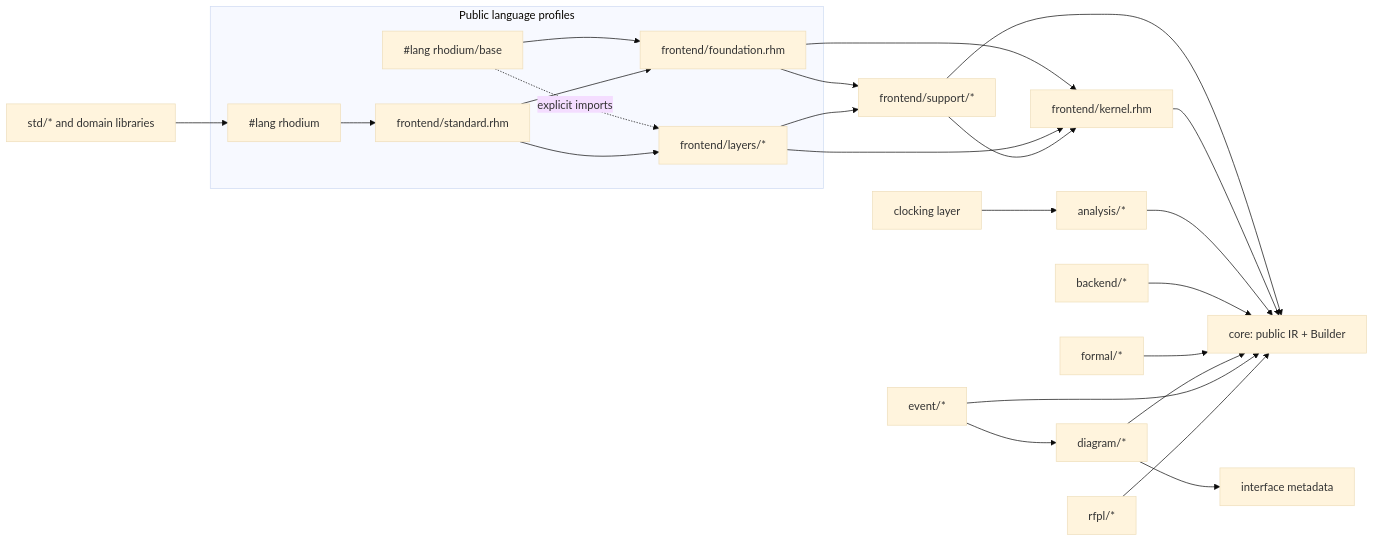
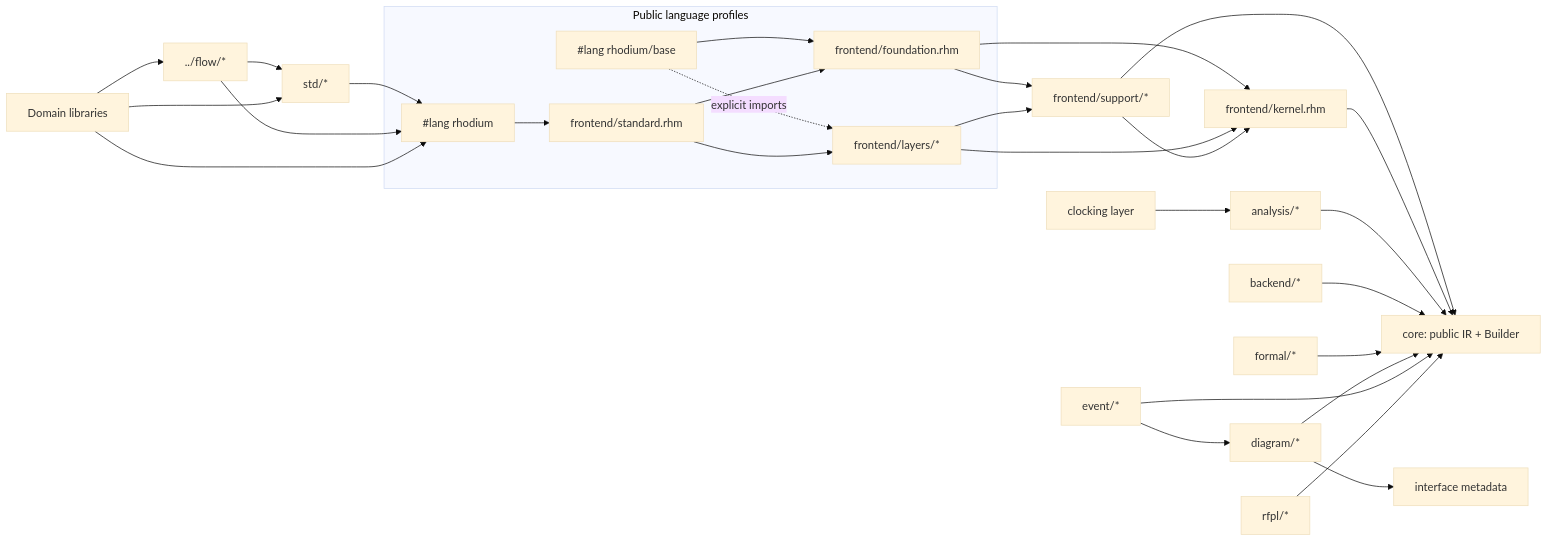
Before and after one commit to jerryz123/rhodium: the diagram in rhodium/DEVELOPING.md, drawn with Mermaid (base theme). The commit also changed other lines of this file and 147 other files, not shown here.

Commit message:
refactor flow

````diff
--- a/rhodium/DEVELOPING.md
+++ b/rhodium/DEVELOPING.md
@@ -19,31 +19,36 @@
 ```mermaid
 flowchart LR
   subgraph Profiles[Public language profiles]
     Rhodium["#lang rhodium"] --> Standard["frontend/standard.rhm"]
     Base["#lang rhodium/base"] --> Foundation["frontend/foundation.rhm"]
     Base -.->|explicit imports| Layers["frontend/layers/*"]
     Standard --> Foundation
     Standard --> Layers
   end
 
   Foundation --> Support["frontend/support/*"]
   Foundation --> Kernel["frontend/kernel.rhm"]
   Layers --> Support
   Layers --> Kernel
   Support --> Kernel
   Support --> Core["core: public IR + Builder"]
   Kernel --> Core
 
   Clocking["clocking layer"] --> Analysis["analysis/*"]
   Analysis --> Core
 
   Backend["backend/*"] --> Core
   Formal["formal/*"] --> Core
   Diagram["diagram/*"] --> Core
   Diagram --> InterfaceMeta["interface metadata"]
   EventGraph["event/*"] --> Diagram
   EventGraph --> Core
 
   RFPL["rfpl/*"] --> Core
-  Libraries["std/* and domain libraries"] --> Rhodium
+  Std["std/*"] --> Rhodium
+  Flow["../flow/*"] --> Std
+  Flow --> Rhodium
+  Libraries["Domain libraries"] --> Flow
+  Libraries --> Std
+  Libraries --> Rhodium
 ```
````
